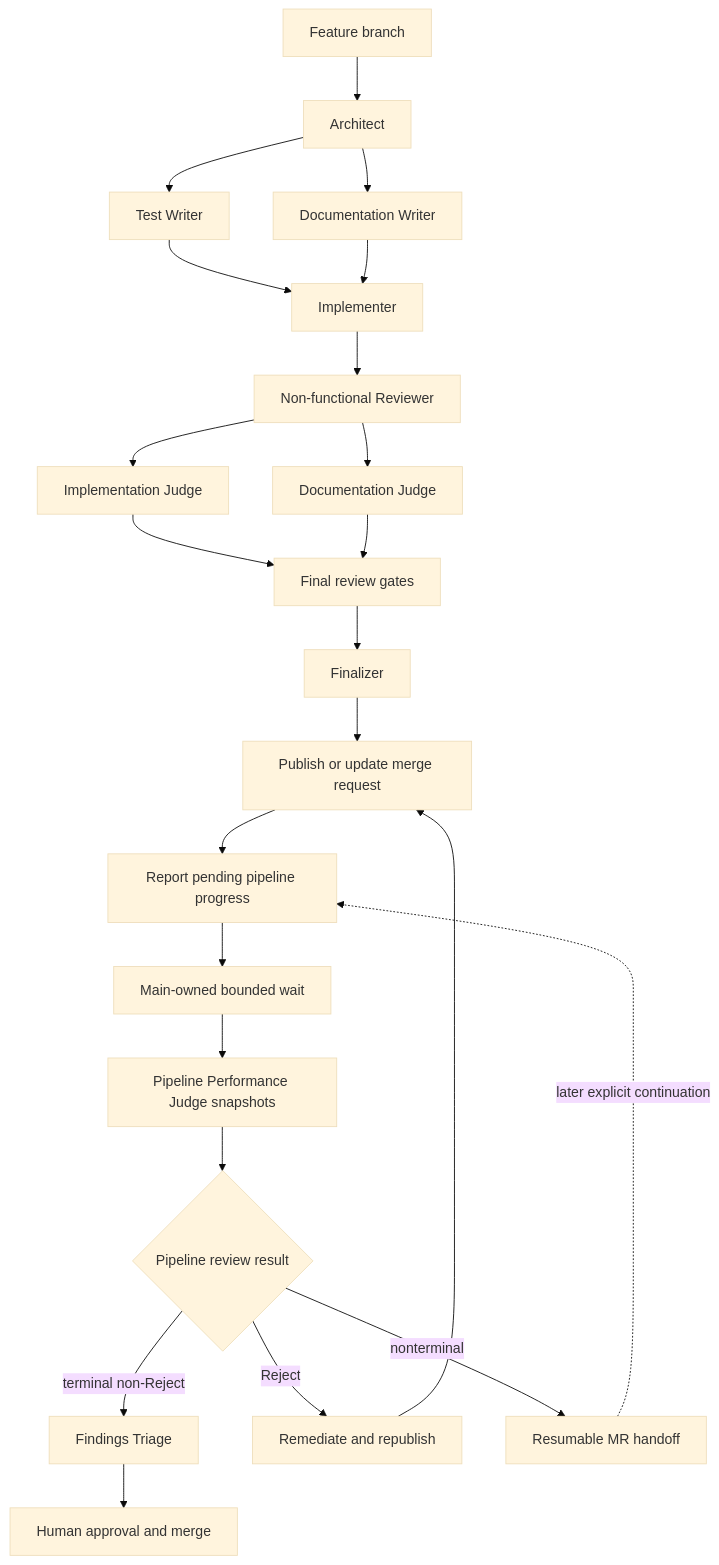
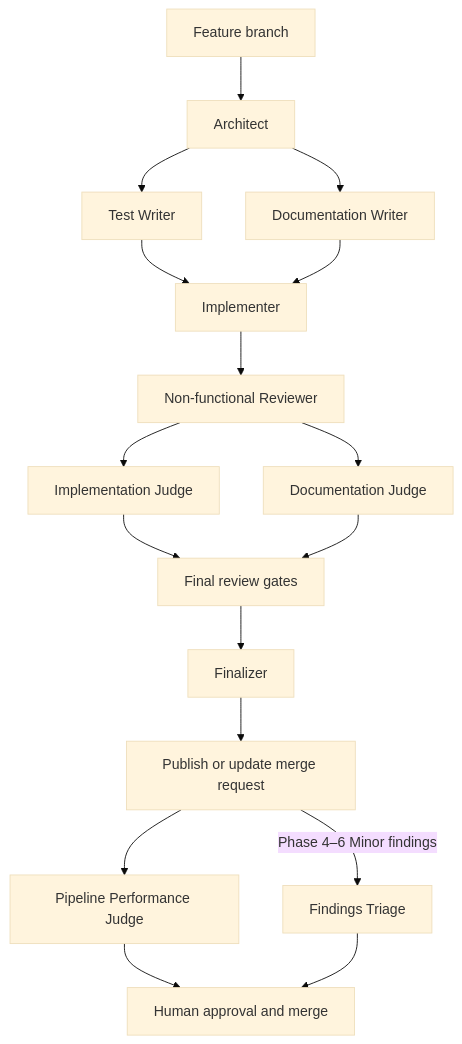
One commit to dfwguy/nvis-ova-agentic-copier changed the diagram in template/docs/explanation/agentic-workflow.md. Above: the diagram before and after it, drawn with Mermaid (base theme). The commit also changed other lines of this file and 31 other files, not shown here.

````diff
--- a/template/docs/explanation/agentic-workflow.md
+++ b/template/docs/explanation/agentic-workflow.md
@@ -67,25 +67,19 @@
 ```mermaid
 flowchart TD
     branch[Feature branch] --> architect[Architect]
     architect --> tests[Test Writer]
     architect --> docs[Documentation Writer]
     tests --> implementer[Implementer]
     docs --> implementer
     implementer --> nonfunctional[Non-functional Reviewer]
     nonfunctional --> implementation[Implementation Judge]
     nonfunctional --> documentation[Documentation Judge]
     implementation --> final_gates[Final review gates]
     documentation --> final_gates
     final_gates --> finalizer[Finalizer]
     finalizer --> mr[Publish or update merge request]
-    mr --> pending[Report pending pipeline progress]
-    pending --> wait[Main-owned bounded wait]
-    wait --> performance[Pipeline Performance Judge snapshots]
-    performance --> verdict{Pipeline review result}
-    verdict -->|terminal non-Reject| triage[Findings Triage]
-    verdict -->|Reject| remediate[Remediate and republish]
-    remediate --> mr
-    verdict -->|nonterminal| resume[Resumable MR handoff]
-    resume -. later explicit continuation .-> pending
-    triage --> human[Human approval and merge]
+    mr --> pipeline[Pipeline Performance Judge]
+    mr -->|Phase 4–6 Minor findings| triage[Findings Triage]
+    pipeline --> human[Human approval and merge]
+    triage --> human
 ```
````
